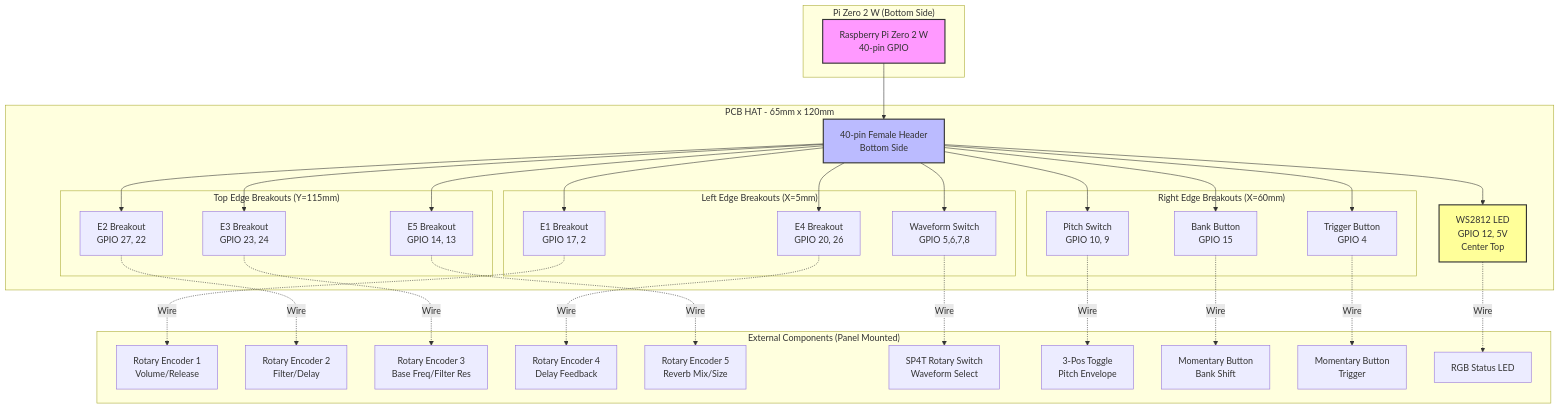
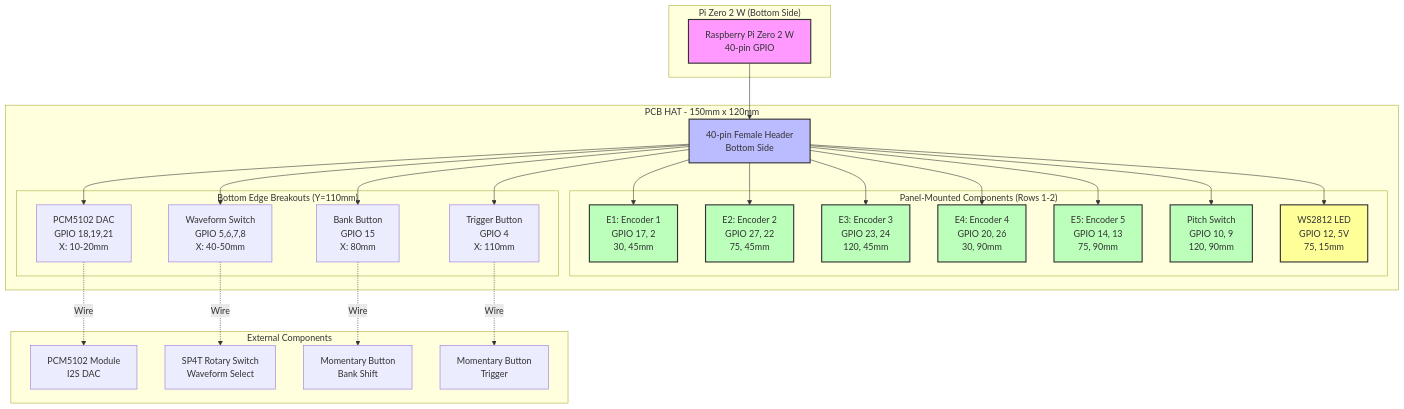
Before and after one commit to parkredding/poor-house-dub-v2: the first of 11 diagrams in PCB_SCHEMATIC.md, drawn with Mermaid. The commit also changed other lines of this file and 1 other file, not shown here.

First line of the commit message:
Update CSV and Mermaid schematics for hybrid PCB design

````diff
--- a/PCB_SCHEMATIC.md
+++ b/PCB_SCHEMATIC.md
@@ -5,70 +6,62 @@
 ```mermaid
 graph TB
     subgraph "Pi Zero 2 W (Bottom Side)"
         PI[Raspberry Pi Zero 2 W<br/>40-pin GPIO]
     end
 
-    subgraph "PCB HAT - 65mm x 120mm"
+    subgraph "PCB HAT - 150mm x 120mm"
         GPIO_HDR[40-pin Female Header<br/>Bottom Side]
 
-        subgraph "Top Edge Breakouts (Y=115mm)"
-            E2[E2 Breakout<br/>GPIO 27, 22]
-            E3[E3 Breakout<br/>GPIO 23, 24]
-            E5[E5 Breakout<br/>GPIO 14, 13]
+        subgraph "Panel-Mounted Components (Rows 1-2)"
+            E1[E1: Encoder 1<br/>GPIO 17, 2<br/>30, 45mm]
+            E2[E2: Encoder 2<br/>GPIO 27, 22<br/>75, 45mm]
+            E3[E3: Encoder 3<br/>GPIO 23, 24<br/>120, 45mm]
+            E4[E4: Encoder 4<br/>GPIO 20, 26<br/>30, 90mm]
+            E5[E5: Encoder 5<br/>GPIO 14, 13<br/>75, 90mm]
+            PITCH[Pitch Switch<br/>GPIO 10, 9<br/>120, 90mm]
+            LED[WS2812 LED<br/>GPIO 12, 5V<br/>75, 15mm]
         end
 
-        subgraph "Left Edge Breakouts (X=5mm)"
-            E1[E1 Breakout<br/>GPIO 17, 2]
-            E4[E4 Breakout<br/>GPIO 20, 26]
-            WAVE[Waveform Switch<br/>GPIO 5,6,7,8]
+        subgraph "Bottom Edge Breakouts (Y=110mm)"
+            PCM[PCM5102 DAC<br/>GPIO 18,19,21<br/>X: 10-20mm]
+            WAVE[Waveform Switch<br/>GPIO 5,6,7,8<br/>X: 40-50mm]
+            BANK[Bank Button<br/>GPIO 15<br/>X: 80mm]
+            TRIG[Trigger Button<br/>GPIO 4<br/>X: 110mm]
         end
-
-        subgraph "Right Edge Breakouts (X=60mm)"
-            PITCH[Pitch Switch<br/>GPIO 10, 9]
-            BANK[Bank Button<br/>GPIO 15]
-            TRIG[Trigger Button<br/>GPIO 4]
-        end
-
-        LED[WS2812 LED<br/>GPIO 12, 5V<br/>Center Top]
     end
 
-    subgraph "External Components (Panel Mounted)"
-        ENC1[Rotary Encoder 1<br/>Volume/Release]
-        ENC2[Rotary Encoder 2<br/>Filter/Delay]
-        ENC3[Rotary Encoder 3<br/>Base Freq/Filter Res]
-        ENC4[Rotary Encoder 4<br/>Delay Feedback]
-        ENC5[Rotary Encoder 5<br/>Reverb Mix/Size]
+    subgraph "External Components"
+        PCM_DAC[PCM5102 Module<br/>I2S DAC]
         WAVE_SW[SP4T Rotary Switch<br/>Waveform Select]
-        PITCH_SW[3-Pos Toggle<br/>Pitch Envelope]
         BANK_BTN[Momentary Button<br/>Bank Shift]
         TRIG_BTN[Momentary Button<br/>Trigger]
-        LED_EXT[RGB Status LED]
     end
 
     PI --> GPIO_HDR
     GPIO_HDR --> E1
     GPIO_HDR --> E2
     GPIO_HDR --> E3
     GPIO_HDR --> E4
     GPIO_HDR --> E5
+    GPIO_HDR --> PITCH
+    GPIO_HDR --> LED
+    GPIO_HDR --> PCM
     GPIO_HDR --> WAVE
-    GPIO_HDR --> PITCH
     GPIO_HDR --> BANK
     GPIO_HDR --> TRIG
-    GPIO_HDR --> LED
 
-    E1 -.Wire.-> ENC1
-    E2 -.Wire.-> ENC2
-    E3 -.Wire.-> ENC3
-    E4 -.Wire.-> ENC4
-    E5 -.Wire.-> ENC5
+    PCM -.Wire.-> PCM_DAC
     WAVE -.Wire.-> WAVE_SW
-    PITCH -.Wire.-> PITCH_SW
     BANK -.Wire.-> BANK_BTN
     TRIG -.Wire.-> TRIG_BTN
-    LED -.Wire.-> LED_EXT
 
     style PI fill:#f9f,stroke:#333,stroke-width:2px
     style GPIO_HDR fill:#bbf,stroke:#333,stroke-width:2px
     style LED fill:#ff9,stroke:#333,stroke-width:2px
+    style E1 fill:#bfb,stroke:#333,stroke-width:2px
+    style E2 fill:#bfb,stroke:#333,stroke-width:2px
+    style E3 fill:#bfb,stroke:#333,stroke-width:2px
+    style E4 fill:#bfb,stroke:#333,stroke-width:2px
+    style E5 fill:#bfb,stroke:#333,stroke-width:2px
+    style PITCH fill:#bfb,stroke:#333,stroke-width:2px
 ```
````
